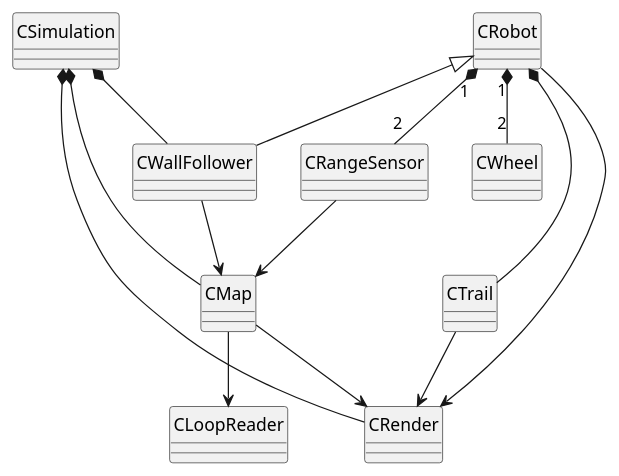
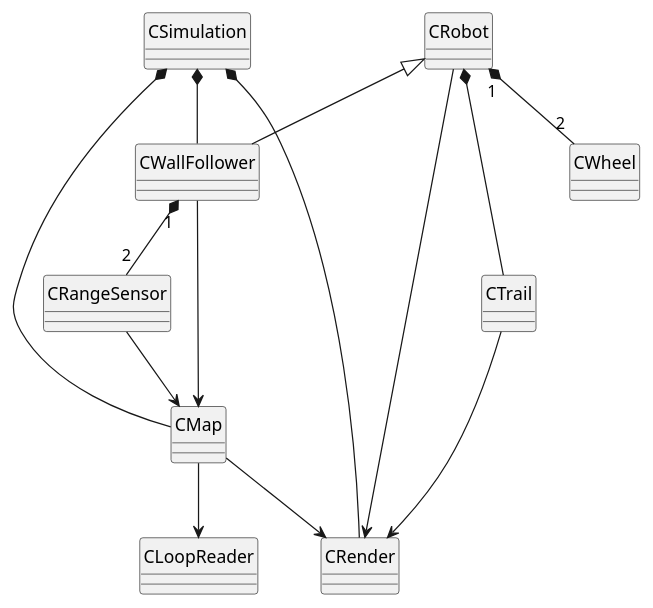
The diagram in A1(UML.Final).puml (jyan6400/MTRX3760-Lab-2-Group-82), drawn with PlantUML before and after one commit.

Commit message:
Revise robot UML to include WallFollower and sensors
Updated UML diagram to reflect inheritance and sensor details.

```diff
--- a/A1(UML.Final).puml
+++ b/A1(UML.Final).puml
@@ -1,44 +1,45 @@
 @startuml
 skinparam classAttributeIconSize 0
 skinparam style strictuml
 
 class CSimulation
 class CRender
 class CMap
 class CLoopReader
 class CRobot
 class CWallFollower
 class CWheel
 class CRangeSensor
 class CTrail
 
 CRobot <|-- CWallFollower
 
 'Each update advances the simulation 
 'by a fixed amount of simulated time.
 CSimulation *-- CRender
 CSimulation *-- CMap
 
 'Each time the robot collides with a wall, 
 'the collision is reported to the console.
 CSimulation *-- CWallFollower
 
 'The robot is driven by two independently 
 'controlled wheels, one either side.
 CRobot "1" *-- "2" CWheel
 
-'The robot carries exactly two range sensors
-CRobot "1" *-- "2" CRangeSensor
+'The robot (Wallfollower is inherited from robot)
+'carries exactly two range sensors
+CWallFollower "1" *-- "2" CRangeSensor
 
 'The robot leaves a trail behind it showing its trajectory, 
 'and the trail remains visible for the whole run.
 CRobot *-- CTrail
 
 CMap --> CLoopReader
 CWallFollower --> CMap
 CRangeSensor --> CMap
 CRobot --> CRender
 CMap --> CRender
 CTrail --> CRender
 
 @enduml
```
